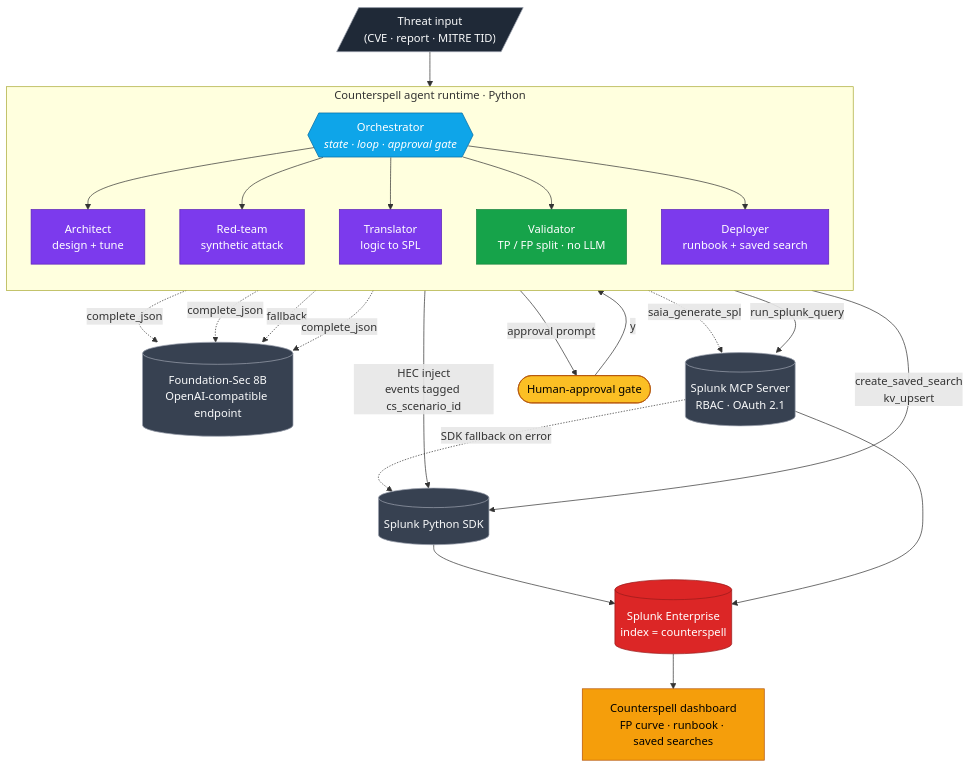
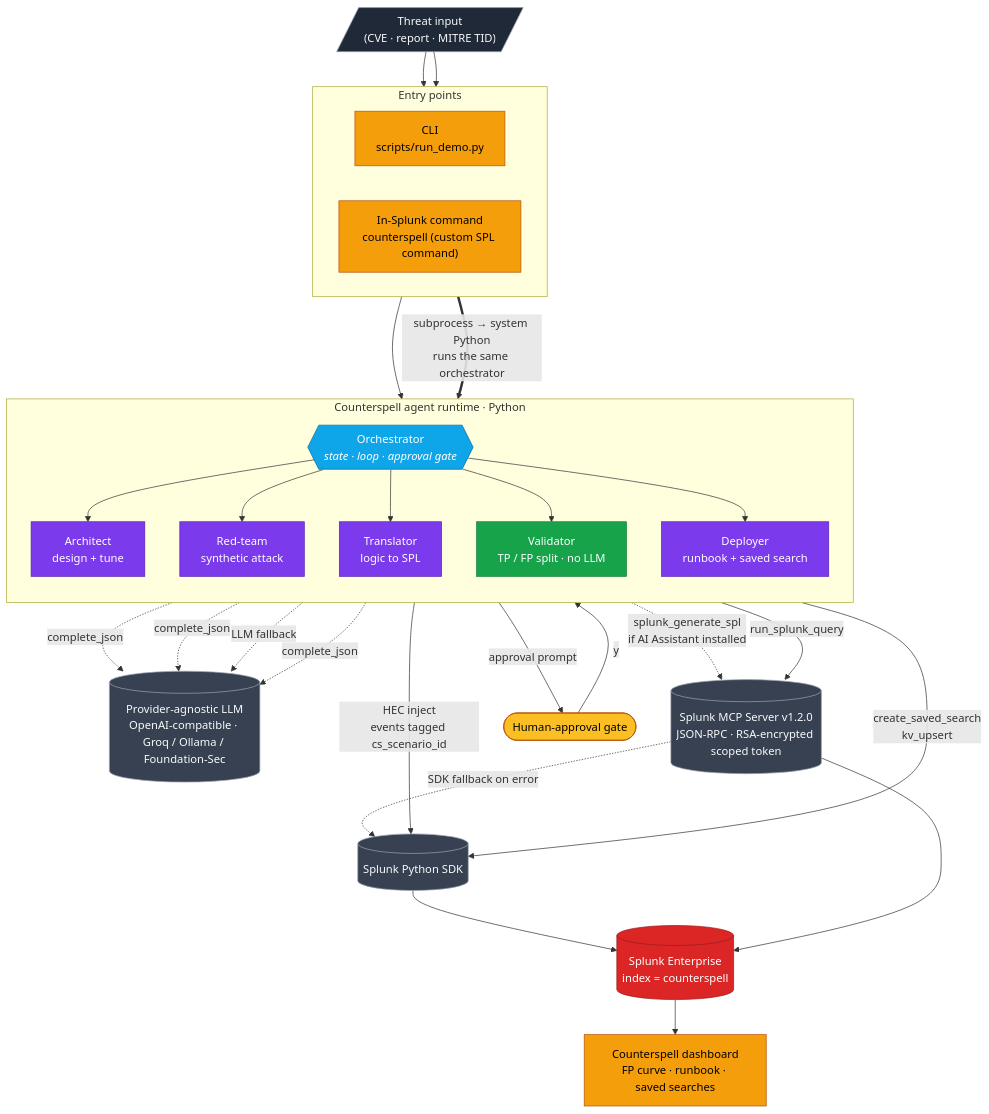
Before and after one commit to Unknown1502/Counterspell-Autonomous-Detection-Engineer: the first of 2 diagrams in architecture.md, drawn with Mermaid. The commit also changed other lines of this file, not shown here.

First line of the commit message:
Architecture diagram: accurate Splunk/AI/data-flow for submission

````diff
--- a/architecture.md
+++ b/architecture.md
@@ -8,55 +17,65 @@
 ```mermaid
 flowchart TB
   threat[/"Threat input<br/>(CVE · report · MITRE TID)"/]:::input
+
+  subgraph entry["Entry points"]
+    direction LR
+    cli["CLI<br/>scripts/run_demo.py"]:::ui
+    cmd["In-Splunk command<br/>counterspell (custom SPL command)"]:::ui
+  end
+  threat --> cli
+  threat --> cmd
 
   subgraph runtime["Counterspell agent runtime · Python"]
     direction TB
     orch{{Orchestrator<br/><i>state · loop · approval gate</i>}}:::orch
     architect[Architect<br/>design + tune]:::agent
     redteam[Red-team<br/>synthetic attack]:::agent
     translator[Translator<br/>logic to SPL]:::agent
     validator[Validator<br/>TP / FP split · no LLM]:::deterministic
     deployer[Deployer<br/>runbook + saved search]:::agent
 
     orch --> architect
     orch --> redteam
     orch --> translator
     orch --> validator
     orch --> deployer
   end
 
-  llm[(Foundation-Sec 8B<br/>OpenAI-compatible endpoint)]:::ext
-  mcp[(Splunk MCP Server<br/>RBAC · OAuth 2.1)]:::ext
+  cli --> orch
+  cmd ==>|subprocess → system Python<br/>runs the same orchestrator| orch
+
+  llm[(Provider-agnostic LLM<br/>OpenAI-compatible · Groq / Ollama / Foundation-Sec)]:::ext
+  mcp[(Splunk MCP Server v1.2.0<br/>JSON-RPC · RSA-encrypted scoped token)]:::ext
   sdk[(Splunk Python SDK)]:::ext
 
   architect -.->|complete_json| llm
   redteam -.->|complete_json| llm
-  translator -.->|saia_generate_spl| mcp
-  translator -.->|fallback| llm
+  translator -.->|splunk_generate_spl<br/>if AI Assistant installed| mcp
+  translator -.->|LLM fallback| llm
   deployer -.->|complete_json| llm
 
   redteam -->|HEC inject<br/>events tagged cs_scenario_id| sdk
   validator -->|run_splunk_query| mcp
   deployer -->|create_saved_search<br/>kv_upsert| sdk
   mcp -.->|SDK fallback on error| sdk
 
   sdk --> splunk
   mcp --> splunk
 
   splunk[(Splunk Enterprise<br/>index = counterspell)]:::splunk
 
   splunk --> dash[Counterspell dashboard<br/>FP curve · runbook · saved searches]:::ui
 
-  threat --> orch
   orch -->|approval prompt| human([Human-approval gate]):::gate
   human -->|y| deployer
 
   classDef input fill:#1f2937,stroke:#9ca3af,color:#f9fafb
   classDef orch fill:#0ea5e9,stroke:#0369a1,color:#fff
   classDef agent fill:#7c3aed,stroke:#5b21b6,color:#fff
   classDef deterministic fill:#16a34a,stroke:#15803d,color:#fff
   classDef ext fill:#374151,stroke:#9ca3af,color:#f9fafb
   classDef splunk fill:#dc2626,stroke:#991b1b,color:#fff
   classDef ui fill:#f59e0b,stroke:#b45309,color:#000
   classDef gate fill:#fbbf24,stroke:#b45309,color:#000
 ```
````
